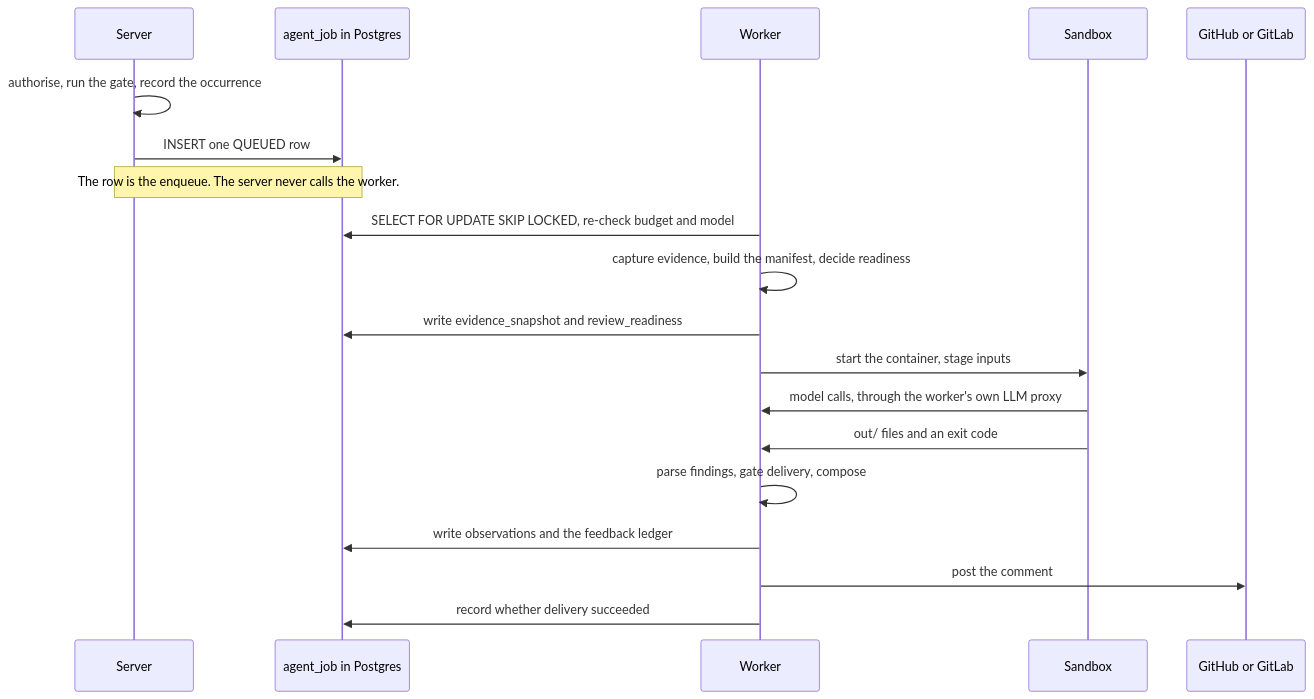
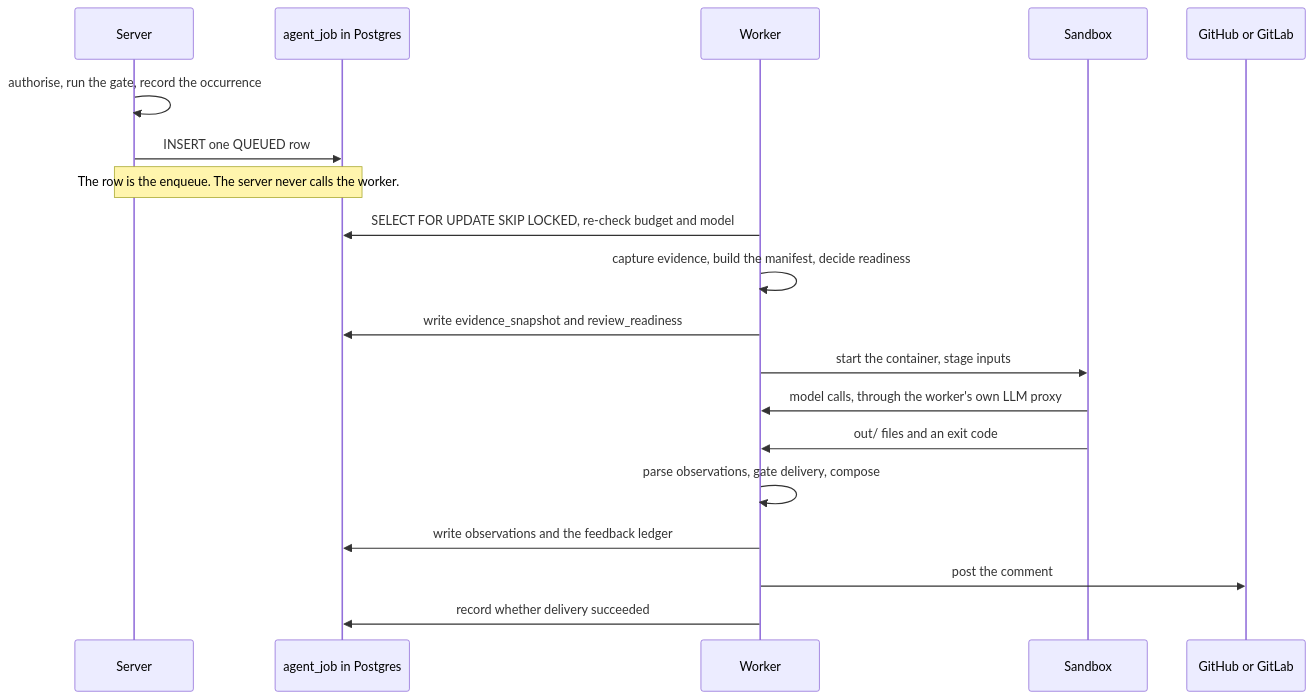
One commit to ls1intum/Hephaestus changed the third of 3 diagrams in docs/contributor/practice-review-pipeline.mdx. Above: the diagram before and after it, drawn with Mermaid. The commit also changed 30 other files, not shown here.

````diff
--- a/docs/contributor/practice-review-pipeline.mdx
+++ b/docs/contributor/practice-review-pipeline.mdx
@@ -244,21 +244,21 @@
 ```mermaid
 sequenceDiagram
     participant S as Server
     participant DB as agent_job in Postgres
     participant W as Worker
     participant SB as Sandbox
     participant SCM as GitHub or GitLab
     S->>S: authorise, run the gate, record the occurrence
     S->>DB: INSERT one QUEUED row
     Note over S,DB: The row is the enqueue. The server never calls the worker.
     W->>DB: SELECT FOR UPDATE SKIP LOCKED, re-check budget and model
     W->>W: capture evidence, build the manifest, decide readiness
     W->>DB: write evidence_snapshot and review_readiness
     W->>SB: start the container, stage inputs
     SB->>W: model calls, through the worker's own LLM proxy
     SB->>W: out/ files and an exit code
-    W->>W: parse findings, gate delivery, compose
+    W->>W: parse observations, gate delivery, compose
     W->>DB: write observations and the feedback ledger
     W->>SCM: post the comment
     W->>DB: record whether delivery succeeded
 ```
````
